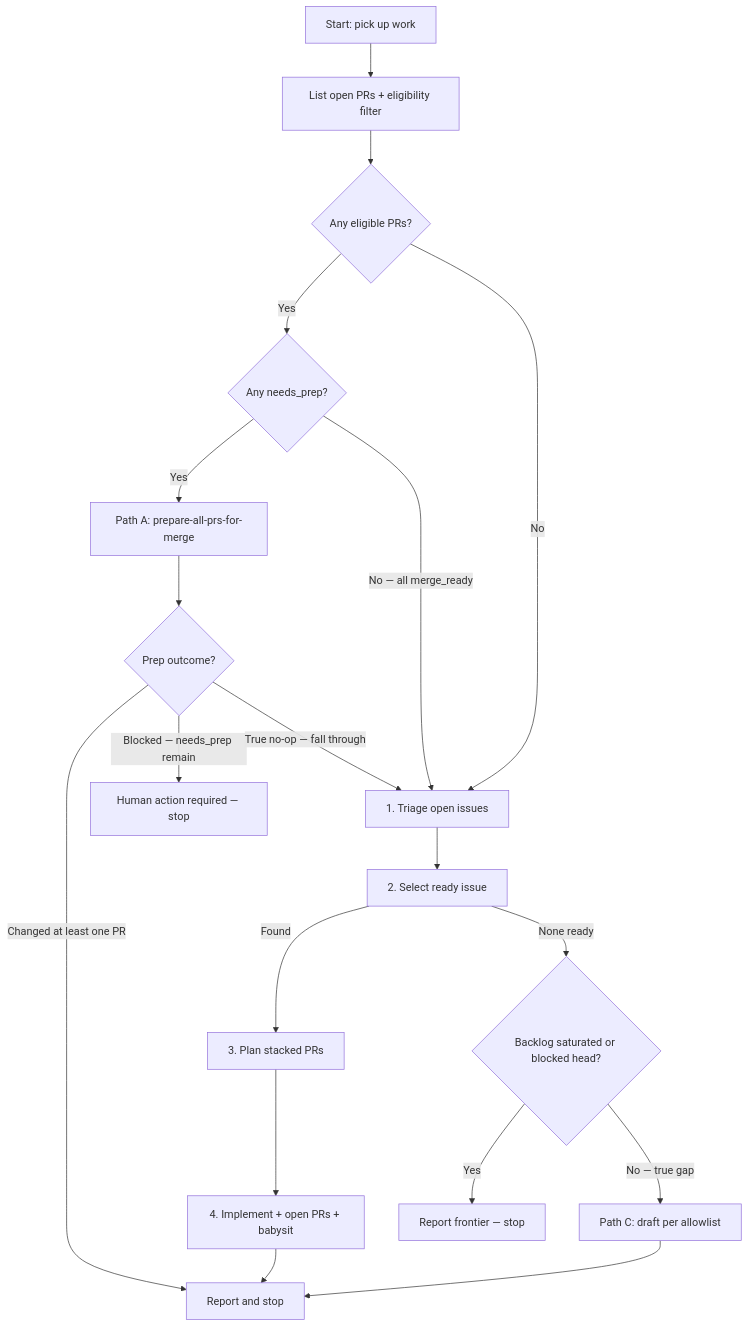
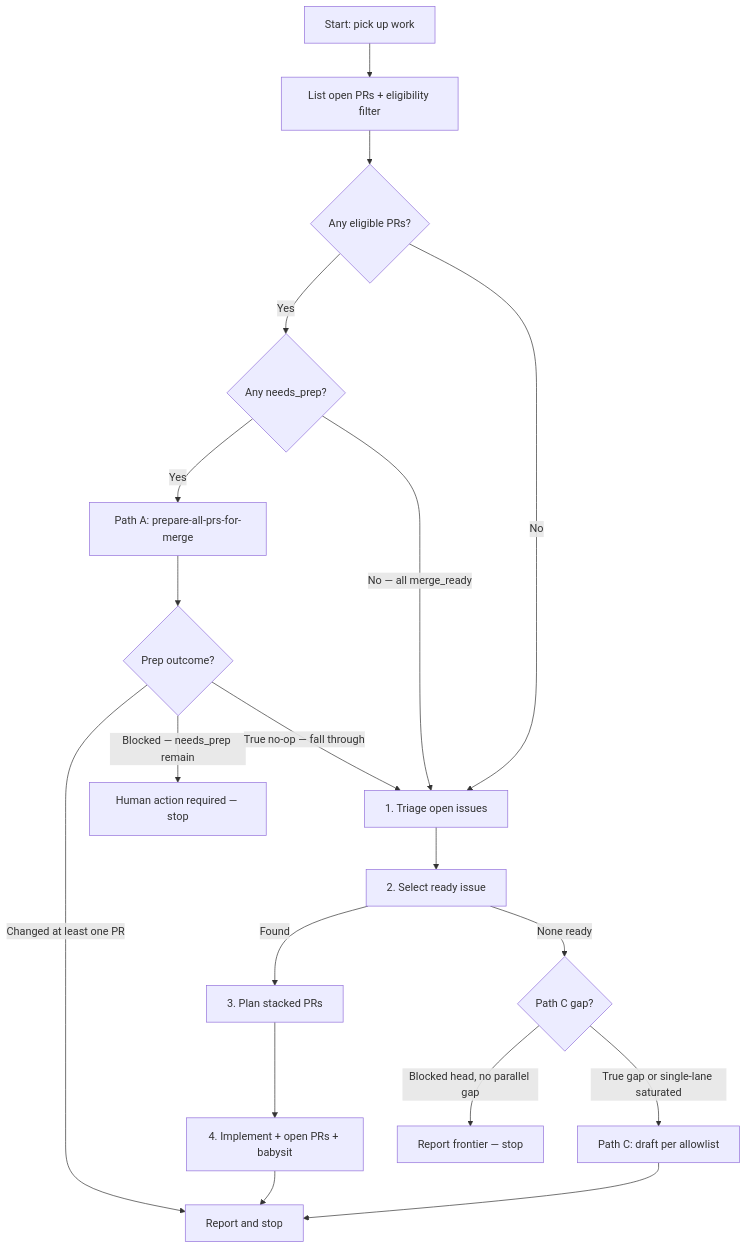
One commit to toadslop/rtl88x2bu-linux-driver changed the diagram in .cursor/skills/pick-up-work-item/SKILL.md. Above: the diagram before and after it, drawn with Mermaid. The commit also changed other lines of this file and 3 other files, not shown here.

First line of the commit message:
docs(skills): reconcile Path C gates for single-lane saturation

````diff
--- a/.cursor/skills/pick-up-work-item/SKILL.md
+++ b/.cursor/skills/pick-up-work-item/SKILL.md
@@ -154,21 +154,21 @@
 ```mermaid
 flowchart TD
   A[Start: pick up work] --> B[List open PRs + eligibility filter]
   B --> C{Any eligible PRs?}
   C -->|Yes| C2{Any needs_prep?}
   C2 -->|Yes| D[Path A: prepare-all-prs-for-merge]
   D --> D2{Prep outcome?}
   D2 -->|Changed at least one PR| Z[Report and stop]
   D2 -->|Blocked — needs_prep remain| Z2[Human action required — stop]
   D2 -->|True no-op — fall through| E
   C2 -->|No — all merge_ready| E[1. Triage open issues]
   C -->|No| E
   E --> F[2. Select ready issue]
   F -->|Found| G[3. Plan stacked PRs]
   G --> H[4. Implement + open PRs + babysit]
   H --> Z
-  F -->|None ready| I{Backlog saturated or blocked head?}
-  I -->|Yes| Z3[Report frontier — stop]
-  I -->|No — true gap| J[Path C: draft per allowlist]
+  F -->|None ready| I{Path C gap?}
+  I -->|Blocked head, no parallel gap| Z3[Report frontier — stop]
+  I -->|True gap or single-lane saturated| J[Path C: draft per allowlist]
   J --> Z
 ```
````
